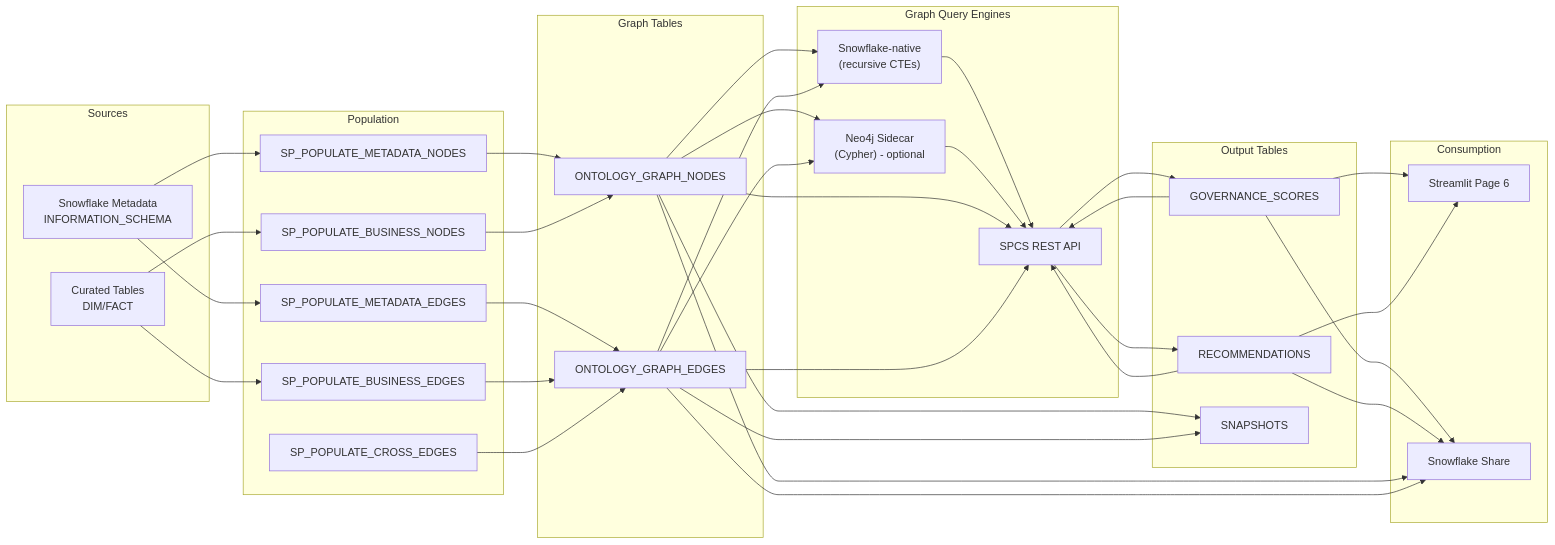
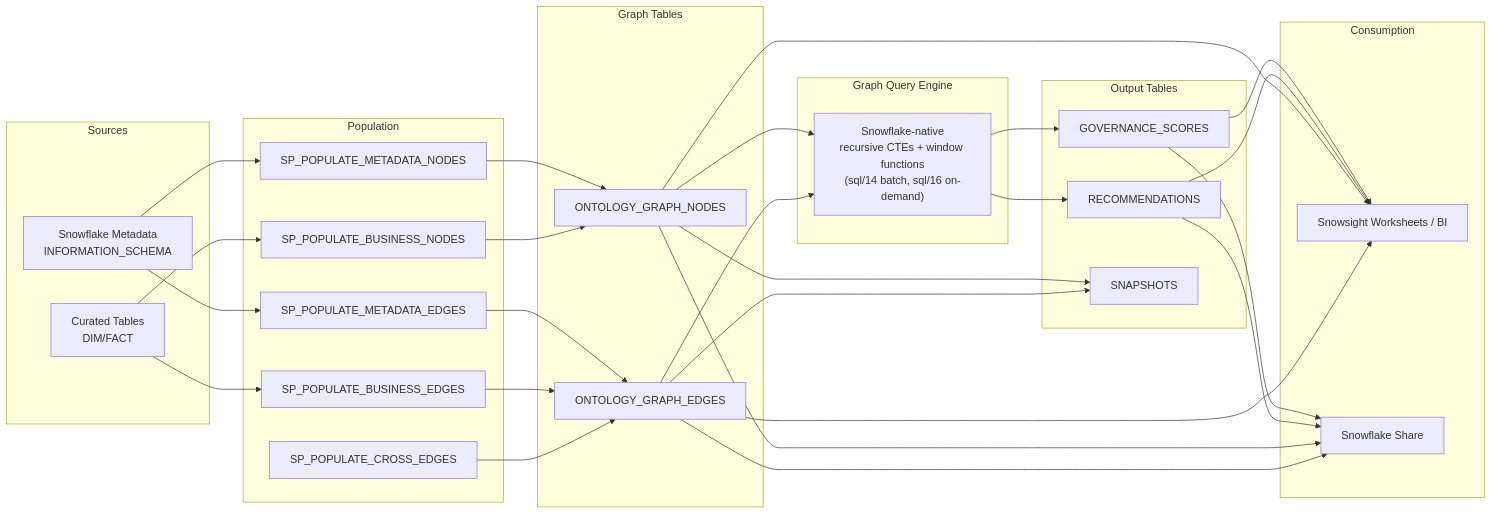
One commit to sfc-gh-smitchener-1/snowflake-dca-fullstack-demo changed the diagram in docs/KNOWLEDGE_GRAPH.md. Above: the diagram before and after it, drawn with Mermaid. The commit also changed other lines of this file and 149 other files, not shown here.

````diff
--- a/docs/KNOWLEDGE_GRAPH.md
+++ b/docs/KNOWLEDGE_GRAPH.md
@@ -24,50 +19,45 @@
 ```mermaid
 flowchart LR
     subgraph Sources
         SF[Snowflake Metadata<br/>INFORMATION_SCHEMA]
         CT[Curated Tables<br/>DIM/FACT]
     end
 
     subgraph Population
         SP1[SP_POPULATE_METADATA_NODES]
         SP2[SP_POPULATE_METADATA_EDGES]
         SP3[SP_POPULATE_BUSINESS_NODES]
         SP4[SP_POPULATE_BUSINESS_EDGES]
         SP5[SP_POPULATE_CROSS_EDGES]
     end
 
     subgraph "Graph Tables"
         N[ONTOLOGY_GRAPH_NODES]
         E[ONTOLOGY_GRAPH_EDGES]
     end
 
-    subgraph "Graph Query Engines"
-        SFE["Snowflake-native<br/>(recursive CTEs)"]
-        N4J["Neo4j Sidecar<br/>(Cypher) - optional"]
-        API[FastAPI dispatcher<br/>?backend=...]
+    subgraph "Graph Query Engine"
+        SFE["Snowflake-native<br/>recursive CTEs + window functions<br/>(sql/14 batch, sql/16 on-demand)"]
     end
 
     subgraph "Output Tables"
         SC[GOVERNANCE_SCORES]
         RC[RECOMMENDATIONS]
         SN[SNAPSHOTS]
     end
 
     subgraph Consumption
-        ST[Streamlit Page 6]
-        API[SPCS REST API]
+        WS[Snowsight Worksheets / BI]
         SH[Snowflake Share]
     end
 
     SF --> SP1 & SP2
     CT --> SP3 & SP4
     SP1 & SP3 --> N
     SP2 & SP4 & SP5 --> E
     N & E --> SFE
-    N & E --> N4J
-    SFE & N4J --> API
-    API --> SC & RC
+    SFE --> SC & RC
     N & E --> SN
-    SC & RC --> ST & API & SH
-    N & E --> API & SH
+    SC & RC --> WS & SH
+    N & E --> WS & SH
 ```
````
